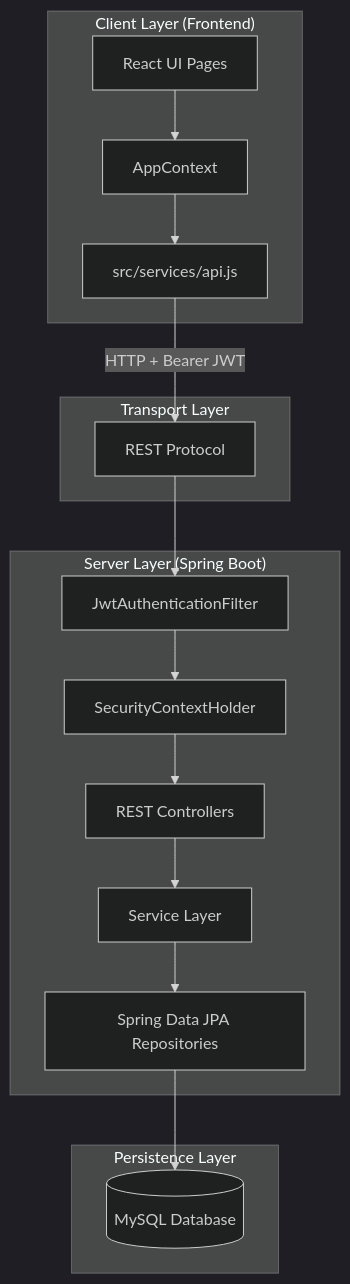
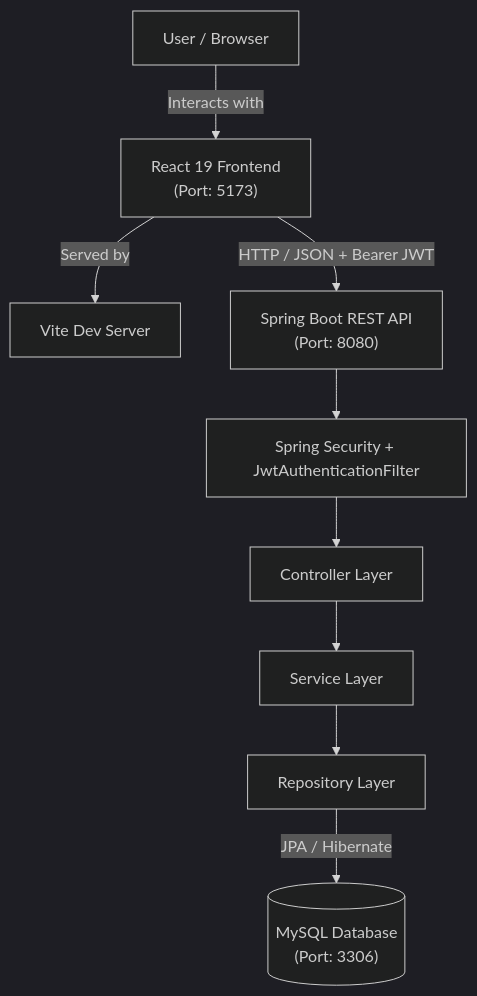
The first of 7 diagrams in README.md (yeharakobbagala-lgtm/expensess-tracker), drawn with Mermaid (dark theme) before and after one commit. The commit also changed other lines of this file, not shown here.

````diff
--- a/README.md
+++ b/README.md
@@ -115,23 +66,21 @@
 ```mermaid
 flowchart TD
-    subgraph Client ["Client Layer (Frontend)"]
-        UI["React UI Pages"] --> Context["AppContext"]
-        Context --> APIService["src/services/api.js"]
-    end
+    User["User / Browser"]
+    Frontend["React 19 Frontend<br/>(Port: 5173)"]
+    Vite["Vite Dev Server"]
+    API["Spring Boot REST API<br/>(Port: 8080)"]
+    Security["Spring Security + JwtAuthenticationFilter"]
+    Controller["Controller Layer"]
+    Service["Service Layer"]
+    Repository["Repository Layer"]
+    DB[("MySQL Database<br/>(Port: 3306)")]
 
-    subgraph Transport ["Transport Layer"]
-        APIService -->|"HTTP + Bearer JWT"| Network["REST Protocol"]
-    end
-
-    subgraph Backend ["Server Layer (Spring Boot)"]
-        Network --> Filter["JwtAuthenticationFilter"]
-        Filter --> SecContext["SecurityContextHolder"]
-        SecContext --> Controllers["REST Controllers"]
-        Controllers --> Services["Service Layer"]
-        Services --> Repos["Spring Data JPA Repositories"]
-    end
-
-    subgraph Persistence ["Persistence Layer"]
-        Repos --> Database[("MySQL Database")]
-    end
+    User -->|Interacts with| Frontend
+    Frontend -->|Served by| Vite
+    Frontend -->|HTTP / JSON + Bearer JWT| API
+    API --> Security
+    Security --> Controller
+    Controller --> Service
+    Service --> Repository
+    Repository -->|JPA / Hibernate| DB
 ```
````
